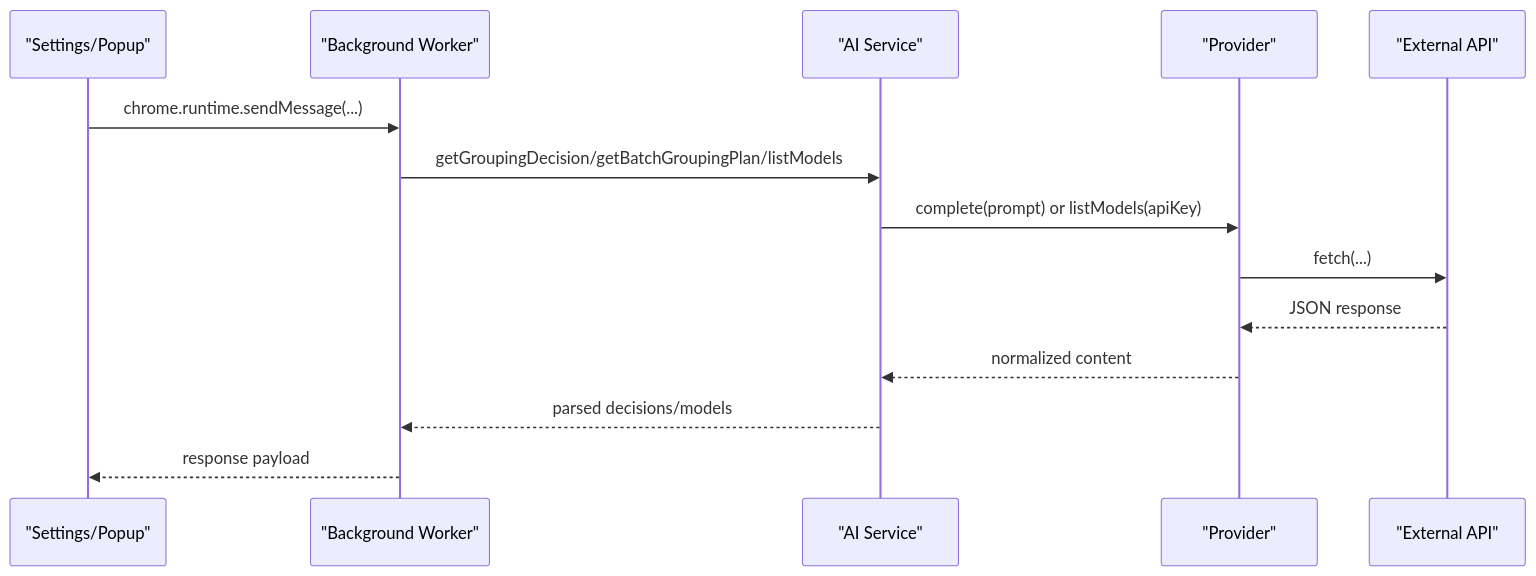
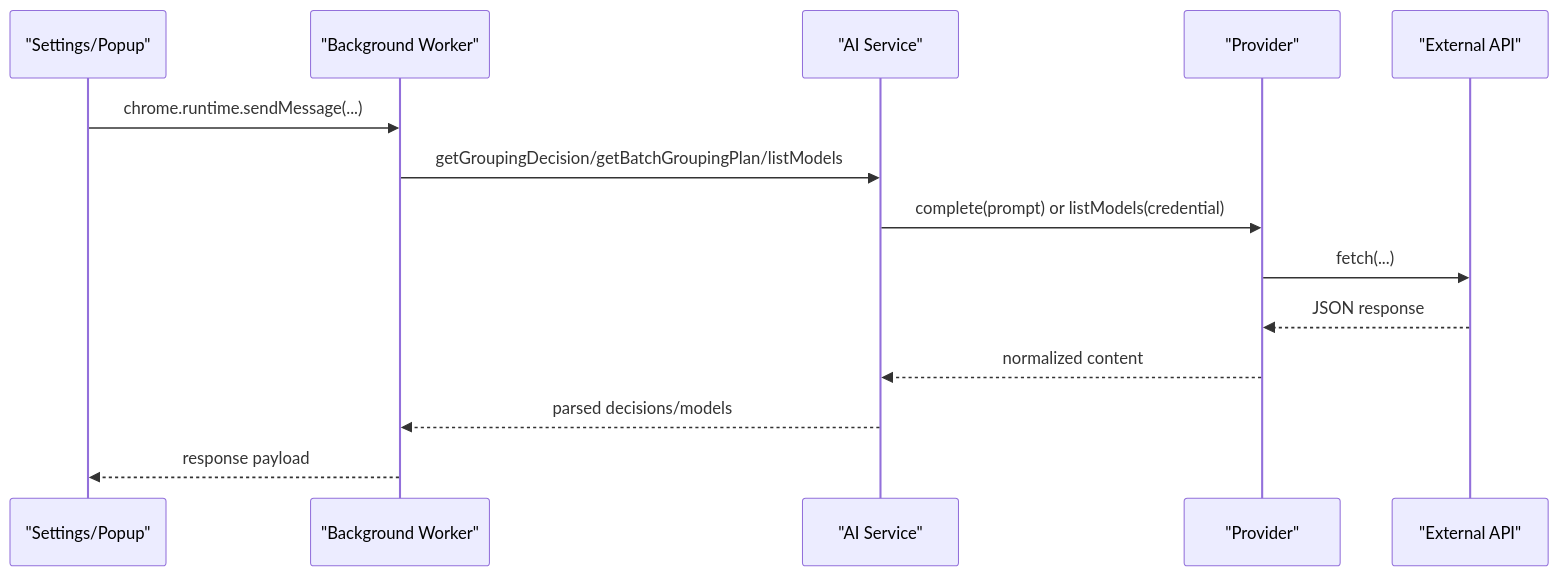
The fourth of 6 diagrams in ARCHITECTURE.md (allexcd/tabber), drawn with Mermaid before and after one commit. The commit also changed other lines of this file and 21 other files, not shown here.

````diff
--- a/ARCHITECTURE.md
+++ b/ARCHITECTURE.md
@@ -90,17 +90,17 @@
 ```mermaid
 sequenceDiagram
   participant UI as "Settings/Popup"
   participant BG as "Background Worker"
   participant AI as "AI Service"
   participant P as "Provider"
   participant API as "External API"
 
   UI->>BG: chrome.runtime.sendMessage(...)
   BG->>AI: getGroupingDecision/getBatchGroupingPlan/listModels
-  AI->>P: complete(prompt) or listModels(apiKey)
+  AI->>P: complete(prompt) or listModels(credential)
   P->>API: fetch(...)
   API-->>P: JSON response
   P-->>AI: normalized content
   AI-->>BG: parsed decisions/models
   BG-->>UI: response payload
 ```
````
